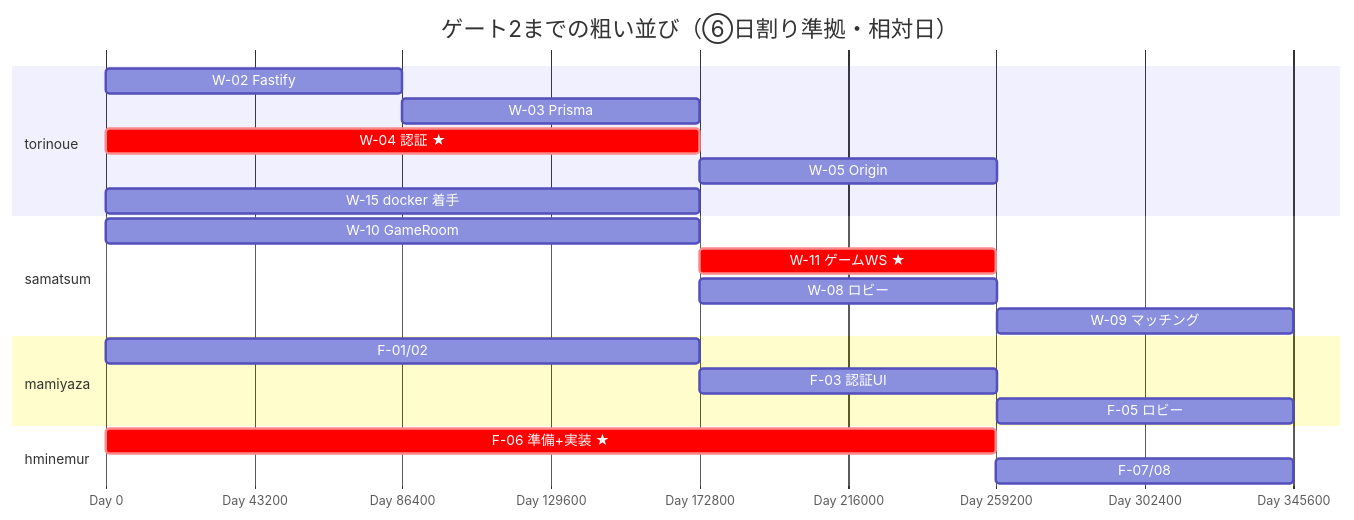
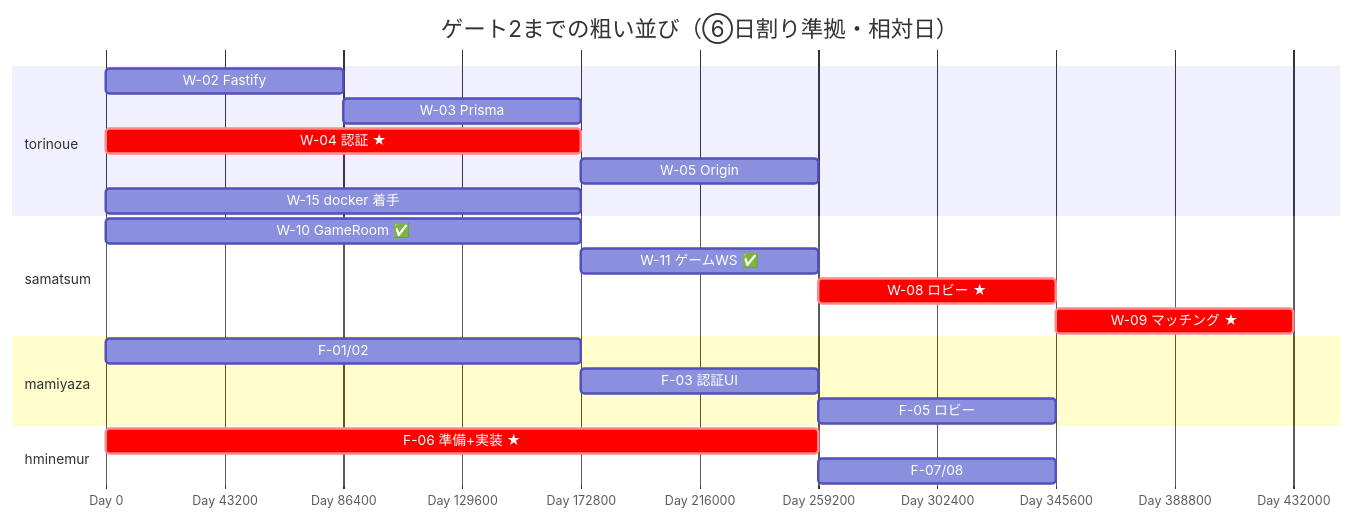
One commit to samatsum/ft_Transcendence changed the second of 3 diagrams in md_files/torinoue/torinoue_PERT依存図.md. Above: the diagram before and after it, drawn with Mermaid. The commit also changed other lines of this file and 11 other files, not shown here.

````diff
--- a/md_files/torinoue/torinoue_PERT依存図.md
+++ b/md_files/torinoue/torinoue_PERT依存図.md
@@ -80,28 +82,28 @@
 ```mermaid
 gantt
   title ゲート2までの粗い並び（⑥日割り準拠・相対日）
   dateFormat  X
   axisFormat  Day %s
 
   section torinoue
   W-02 Fastify           :a1, 0, 1d
   W-03 Prisma            :a2, after a1, 1d
   W-04 認証 ★            :crit, a3, 1, 2d
   W-05 Origin            :a4, after a3, 1d
   W-15 docker 着手       :a5, 2, 2d
 
   section samatsum
-  W-10 GameRoom          :b1, 0, 2d
-  W-11 ゲームWS ★        :crit, b2, after b1, 1d
-  W-08 ロビー            :b3, after a3, 1d
-  W-09 マッチング        :b4, after b3, 1d
+  W-10 GameRoom ✅        :b1, 0, 2d
+  W-11 ゲームWS ✅        :b2, after b1, 1d
+  W-08 ロビー ★          :crit, b3, after a4, 1d
+  W-09 マッチング ★      :crit, b4, after b3, 1d
 
   section mamiyaza
   F-01/02                :c1, 0, 2d
   F-03 認証UI            :c2, after a3, 1d
   F-05 ロビー            :c3, after c2, 1d
 
   section hminemur
   F-06 準備+実装 ★       :crit, d1, 0, 3d
   F-07/08                :d2, after d1, 1d
 ```
````
